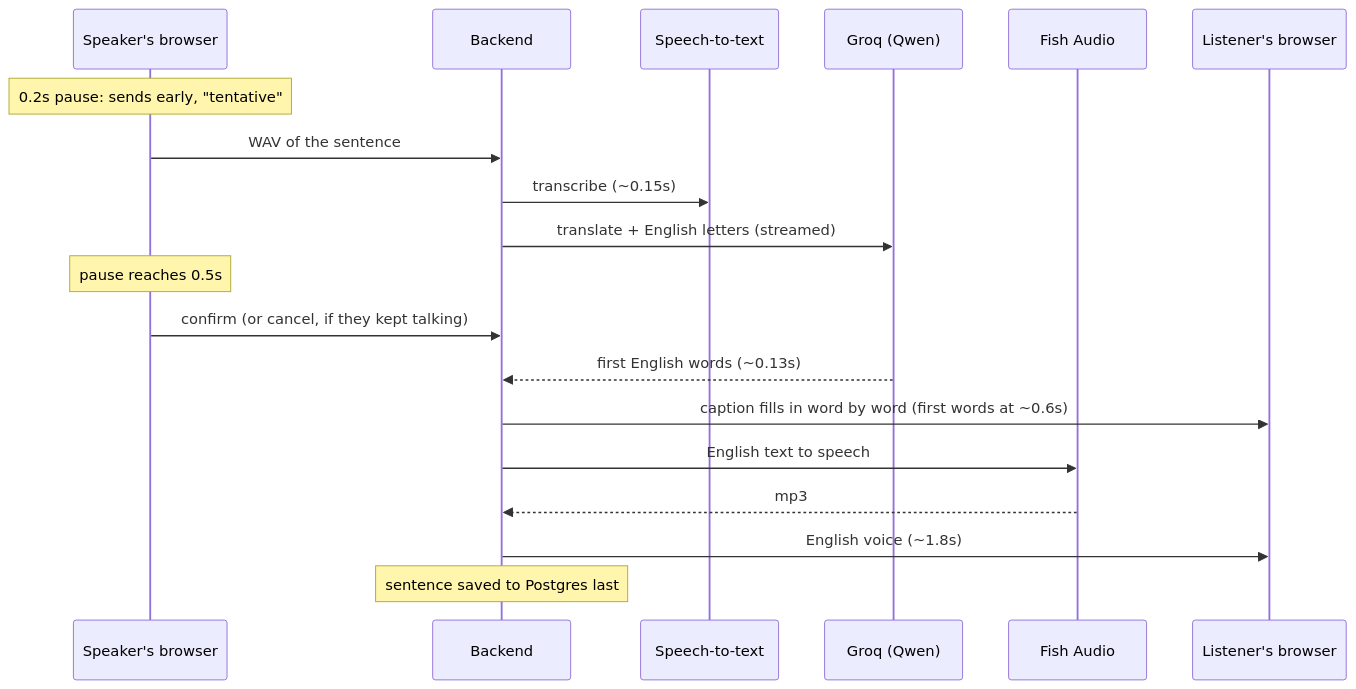
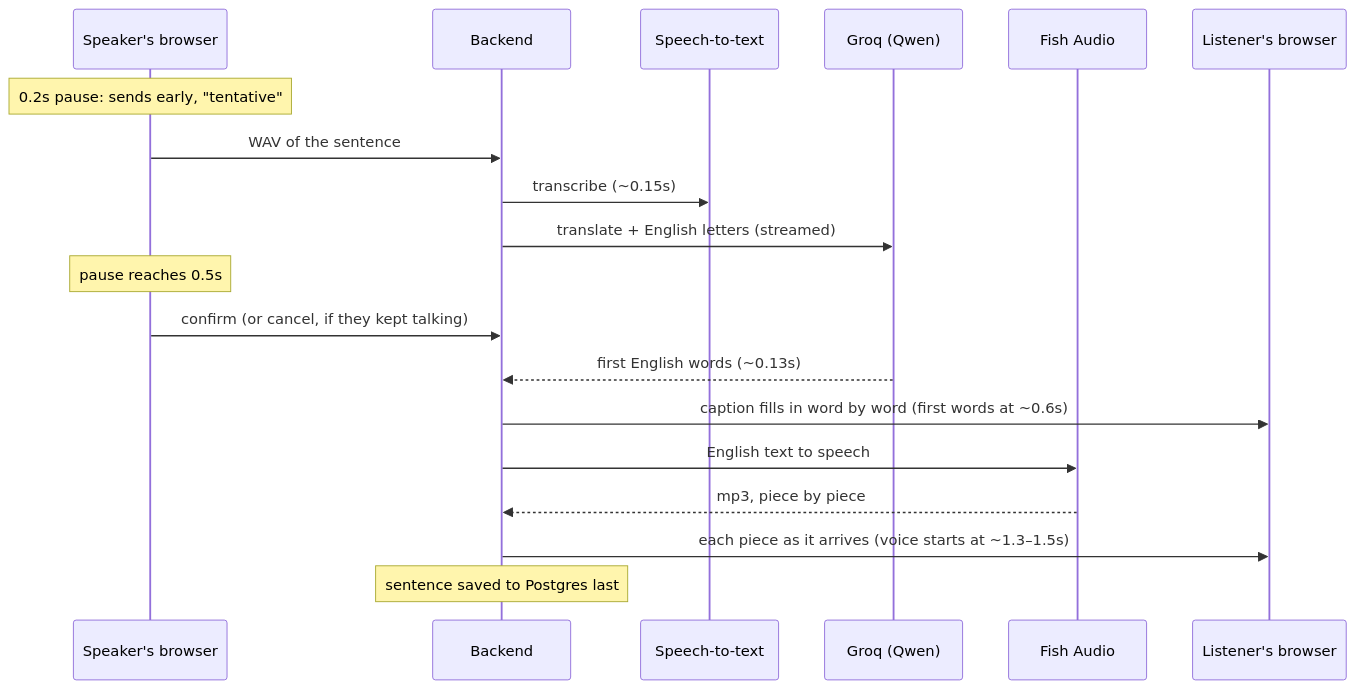
The second of 2 diagrams in README.md (mujeebmasi/meeting-translate), drawn with Mermaid before and after one commit. The commit also changed other lines of this file and 2 other files, not shown here.

First line of the commit message:
Update the READMEs for the faster English voice

````diff
--- a/README.md
+++ b/README.md
@@ -187,21 +196,21 @@
 ```mermaid
 sequenceDiagram
     participant S as Speaker's browser
     participant B as Backend
     participant A as Speech-to-text
     participant G as Groq (Qwen)
     participant F as Fish Audio
     participant L as Listener's browser
     Note over S: 0.2s pause: sends early, "tentative"
     S->>B: WAV of the sentence
     B->>A: transcribe (~0.15s)
     B->>G: translate + English letters (streamed)
     Note over S: pause reaches 0.5s
     S->>B: confirm (or cancel, if they kept talking)
     G-->>B: first English words (~0.13s)
     B->>L: caption fills in word by word (first words at ~0.6s)
     B->>F: English text to speech
-    F-->>B: mp3
-    B->>L: English voice (~1.8s)
+    F-->>B: mp3, piece by piece
+    B->>L: each piece as it arrives (voice starts at ~1.3–1.5s)
     Note over B: sentence saved to Postgres last
 ```
````
